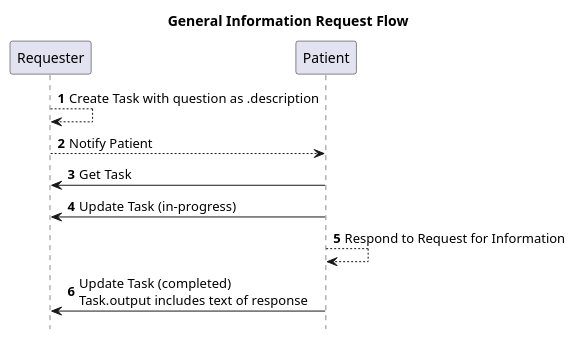
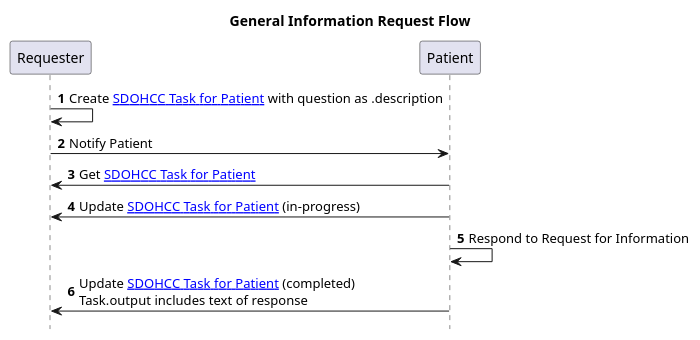
Before and after one commit to HL7/fhir-sdoh-clinicalcare: the diagram in input/images-source/GeneralInformationRequest.plantuml, drawn with PlantUML. The commit also changed 21 other files, not shown here.

Commit message:
Additional Diagram updates

```diff
--- a/input/images-source/GeneralInformationRequest.plantuml
+++ b/input/images-source/GeneralInformationRequest.plantuml
@@ -1,18 +1,18 @@
 @startuml
 /'!theme bluegray'/
 title General Information Request Flow
 
 participant "Requester" as A
 participant "Patient" as B
 
 autonumber
-A --> A : Create Task with question as .description
-A --> B : Notify Patient
-A <- B : Get Task
-A <- B : Update Task (in-progress)
-B --> B : Respond to Request for Information
-A <- B : Update Task (completed)\nTask.output includes text of response
+A -> A : Create [[StructureDefinition-SDOHCC-TaskForPatient.html SDOHCC Task for Patient]] with question as .description
+A -> B : Notify Patient
+A <- B : Get [[StructureDefinition-SDOHCC-TaskForPatient.html SDOHCC Task for Patient]]
+A <- B : Update [[StructureDefinition-SDOHCC-TaskForPatient.html SDOHCC Task for Patient]] (in-progress)
+B -> B : Respond to Request for Information
+A <- B : Update [[StructureDefinition-SDOHCC-TaskForPatient.html SDOHCC Task for Patient]] (completed)\nTask.output includes text of response
 hide footbox
 
 
 @enduml
```
